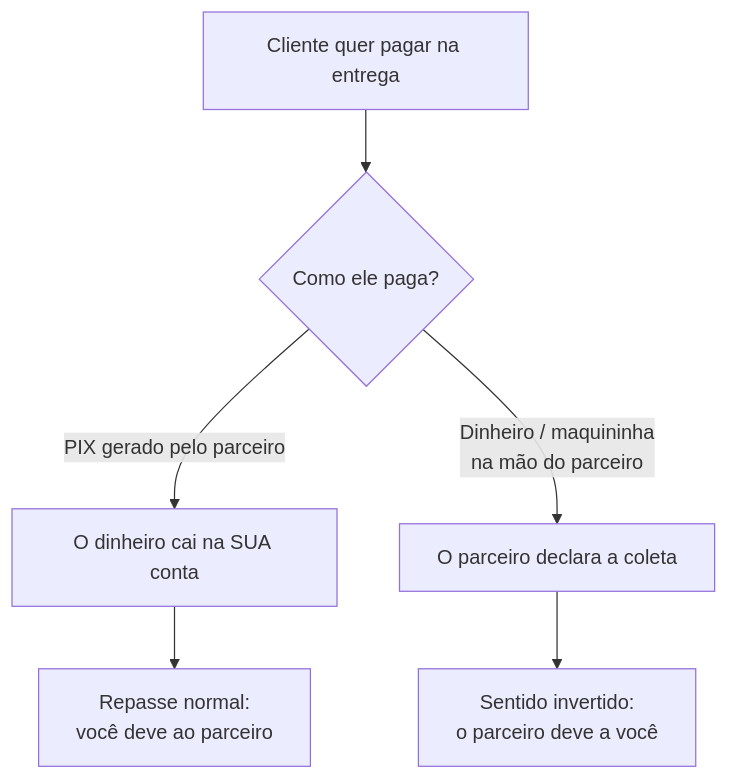
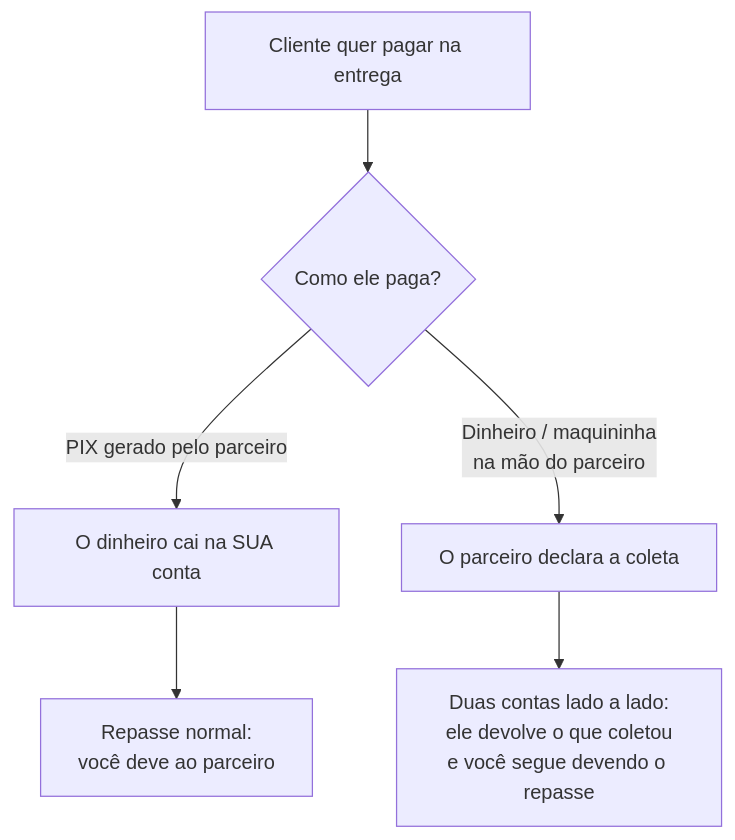
The diagram in parcerias/cobranca-na-rua.md (LocFlowTeam/locflow-docs), drawn with Mermaid before and after one commit. The commit also changed other lines of this file and 18 other files, not shown here.

````diff
--- a/parcerias/cobranca-na-rua.md
+++ b/parcerias/cobranca-na-rua.md
@@ -53,8 +53,8 @@
 ```mermaid
 flowchart TD
     A[Cliente quer pagar na entrega] --> B{Como ele paga?}
     B -->|PIX gerado pelo parceiro| C[O dinheiro cai na SUA conta]
     C --> D[Repasse normal:<br/>você deve ao parceiro]
     B -->|Dinheiro / maquininha<br/>na mão do parceiro| E[O parceiro declara a coleta]
-    E --> F[Sentido invertido:<br/>o parceiro deve a você]
+    E --> F[Duas contas lado a lado:<br/>ele devolve o que coletou<br/>e você segue devendo o repasse]
 ```
````
